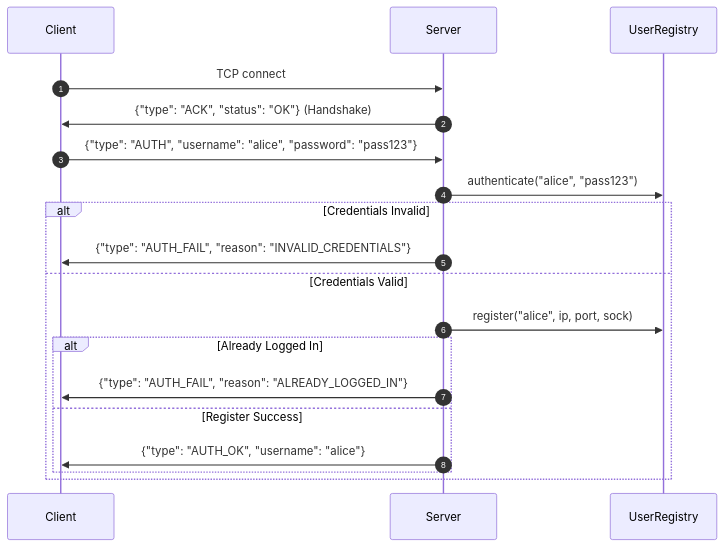
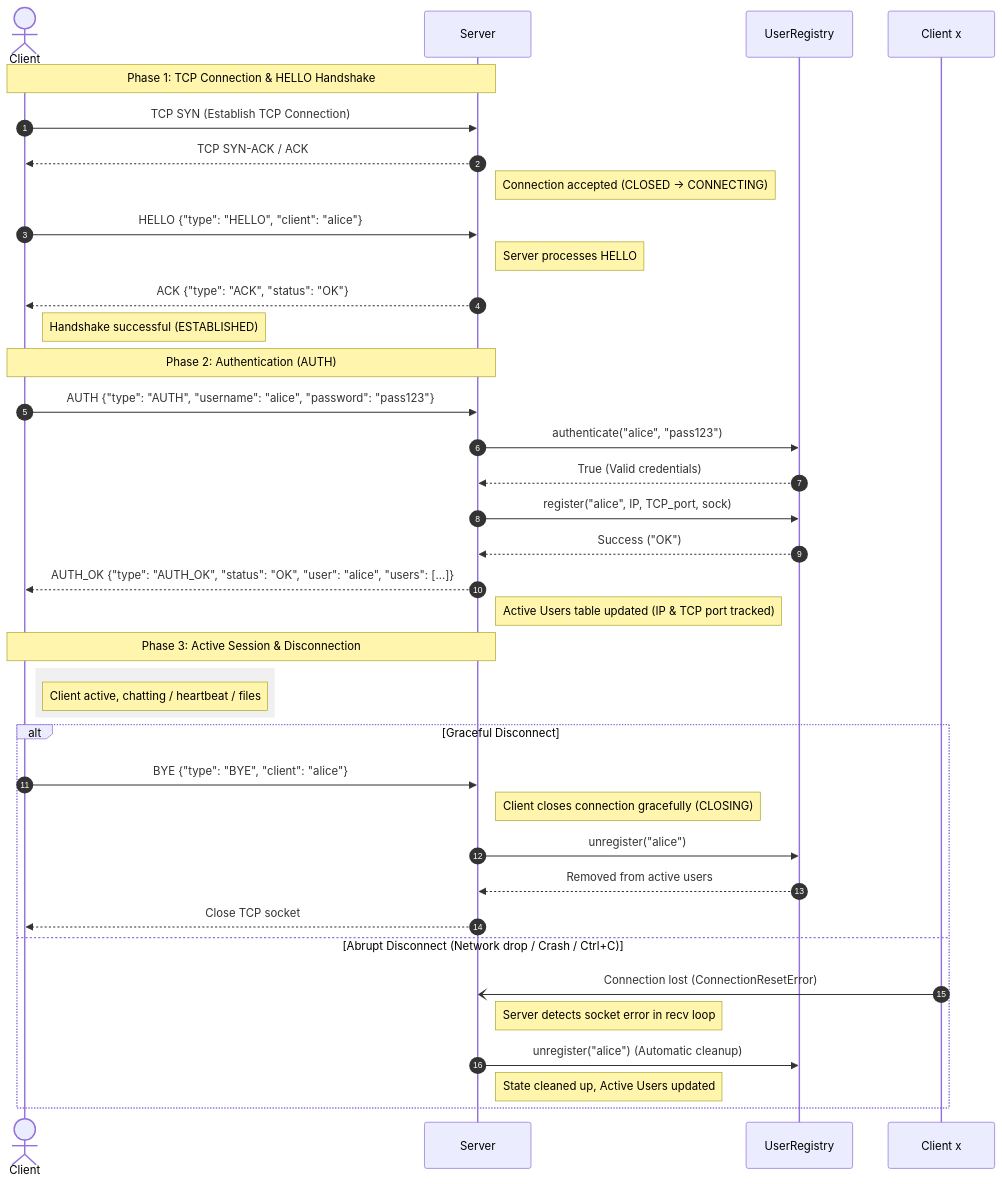
The fifth of 5 diagrams in docs/protocol.md (Smokiestfox/networking-app-assignment), drawn with Mermaid before and after one commit. The commit also changed other lines of this file and 1 other file, not shown here.

````diff
--- a/docs/protocol.md
+++ b/docs/protocol.md
@@ -187,23 +309,44 @@
 ```mermaid
 sequenceDiagram
     autonumber
-    participant Client
+    actor Client
     participant Server
-    participant Registry as UserRegistry
+    participant UserRegistry
 
-    Client->>Server: TCP connect
-    Server->>Client: {"type": "ACK", "status": "OK"} (Handshake)
-    Client->>Server: {"type": "AUTH", "username": "alice", "password": "pass123"}
-    
-    Server->>Registry: authenticate("alice", "pass123")
-    alt Credentials Invalid
-        Server->>Client: {"type": "AUTH_FAIL", "reason": "INVALID_CREDENTIALS"}
-    else Credentials Valid
-        Server->>Registry: register("alice", ip, port, sock)
-        alt Already Logged In
-            Server->>Client: {"type": "AUTH_FAIL", "reason": "ALREADY_LOGGED_IN"}
-        else Register Success
-            Server->>Client: {"type": "AUTH_OK", "username": "alice"}
-        end
+    Note over Client,Server: Phase 1: TCP Connection & HELLO Handshake
+    Client->>Server: TCP SYN (Establish TCP Connection)
+    Server-->>Client: TCP SYN-ACK / ACK
+    Note right of Server: Connection accepted (CLOSED -> CONNECTING)
+
+    Client->>Server: HELLO {"type": "HELLO", "client": "alice"}
+    Note right of Server: Server processes HELLO
+    Server-->>Client: ACK {"type": "ACK", "status": "OK"}
+    Note right of Client: Handshake successful (ESTABLISHED)
+
+    Note over Client,Server: Phase 2: Authentication (AUTH)
+    Client->>Server: AUTH {"type": "AUTH", "username": "alice", "password": "pass123"}
+    Server->>UserRegistry: authenticate("alice", "pass123")
+    UserRegistry-->>Server: True (Valid credentials)
+    Server->>UserRegistry: register("alice", IP, TCP_port, sock)
+    UserRegistry-->>Server: Success ("OK")
+    Server-->>Client: AUTH_OK {"type": "AUTH_OK", "status": "OK", "user": "alice", "users": [...]}
+    Note right of Server: Active Users table updated (IP & TCP port tracked)
+
+    Note over Client,Server: Phase 3: Active Session & Disconnection
+    rect rgb(240, 240, 240)
+        Note right of Client: Client active, chatting / heartbeat / files
+    end
+
+    alt Graceful Disconnect
+        Client->>Server: BYE {"type": "BYE", "client": "alice"}
+        Note right of Server: Client closes connection gracefully (CLOSING)
+        Server->>UserRegistry: unregister("alice")
+        UserRegistry-->>Server: Removed from active users
+        Server-->>Client: Close TCP socket
+    else Abrupt Disconnect (Network drop / Crash / Ctrl+C)
+        Client x-) Server: Connection lost (ConnectionResetError)
+        Note right of Server: Server detects socket error in recv loop
+        Server->>UserRegistry: unregister("alice") (Automatic cleanup)
+        Note right of Server: State cleaned up, Active Users updated
     end
 ```
````
